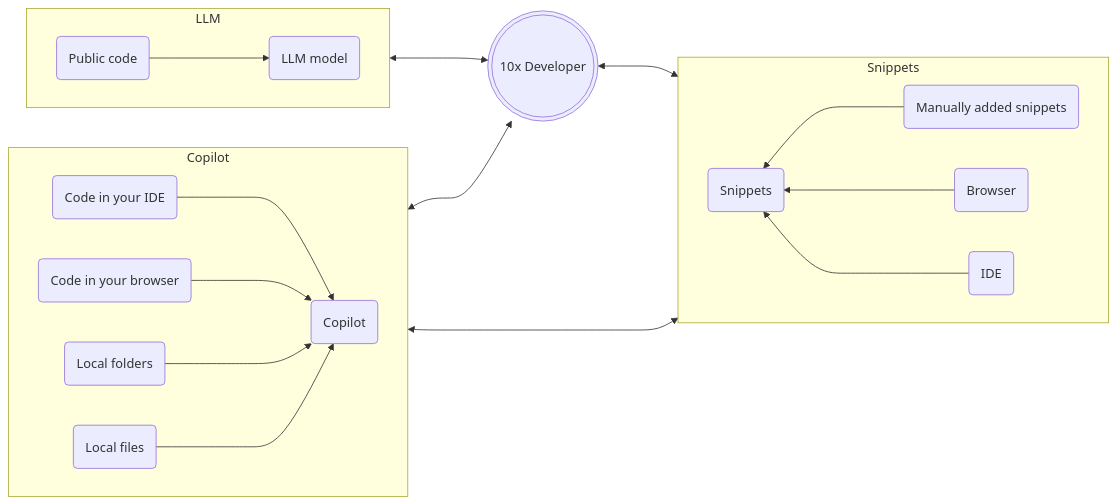
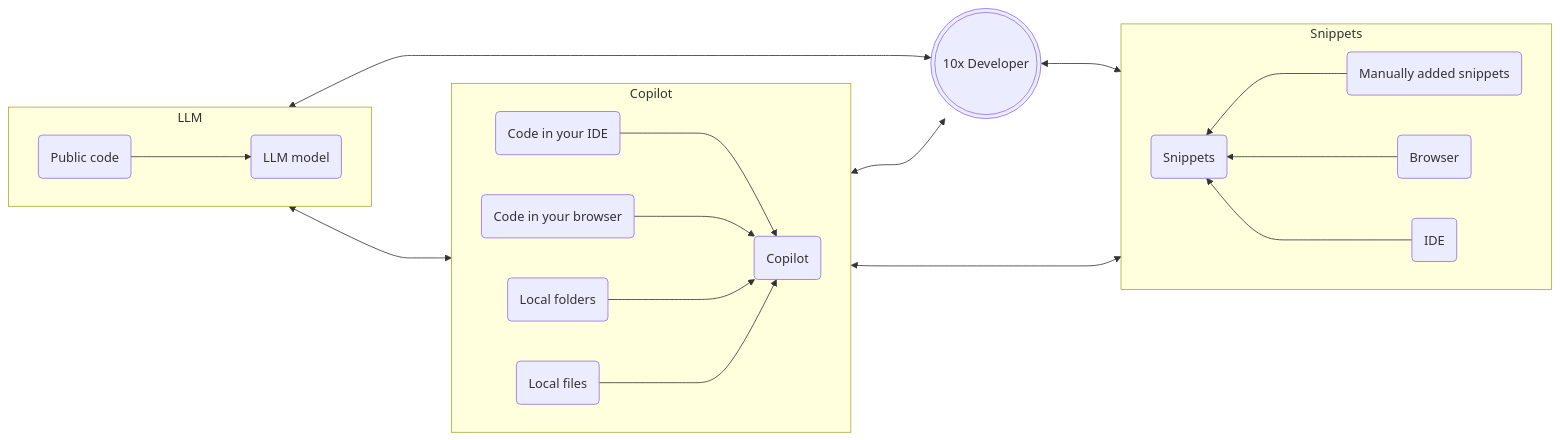
Before and after one commit to pieces-app/workshops: the sixth of 7 diagrams in 10x-developer-productivity/slides.md, drawn with Mermaid. The commit also changed other lines of this file, not shown here.

````diff
--- a/10x-developer-productivity/slides.md
+++ b/10x-developer-productivity/slides.md
@@ -585,25 +585,26 @@
 ```mermaid
 flowchart LR
     subgraph LLM
         direction LR
         public-cloud(Public code)--->llm-model(LLM model)
     end
     subgraph Copilot
         direction LR
         code-ide(Code in your IDE)--->copilot-ide(Copilot)
         web(Code in your browser)--->copilot-ide(Copilot)
         folder(Local folders)--->copilot-ide(Copilot)
         file(Local files)--->copilot-ide(Copilot)
     end
     subgraph Snippets
         direction RL
         snippets(Snippets)
         manual-snippet(Manually added snippets)--->snippets(Snippets)
         browser-snippet(Browser)--->snippets(Snippets)
         ide-snippet(IDE)--->snippets(Snippets)
     end
     LLM<--->context(((10x Developer)))
     Copilot<--->context(((10x Developer)))
+    LLM<--->Copilot
     context(((10x Developer)))<--->Snippets
     Copilot<--->Snippets
 ```
````
